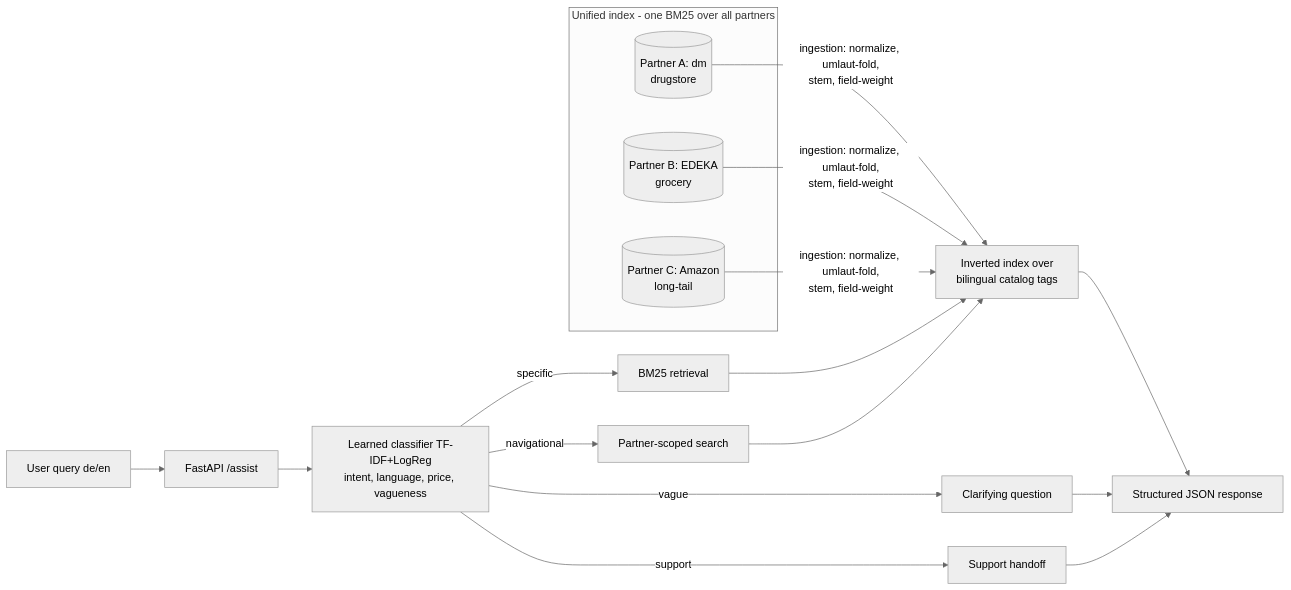
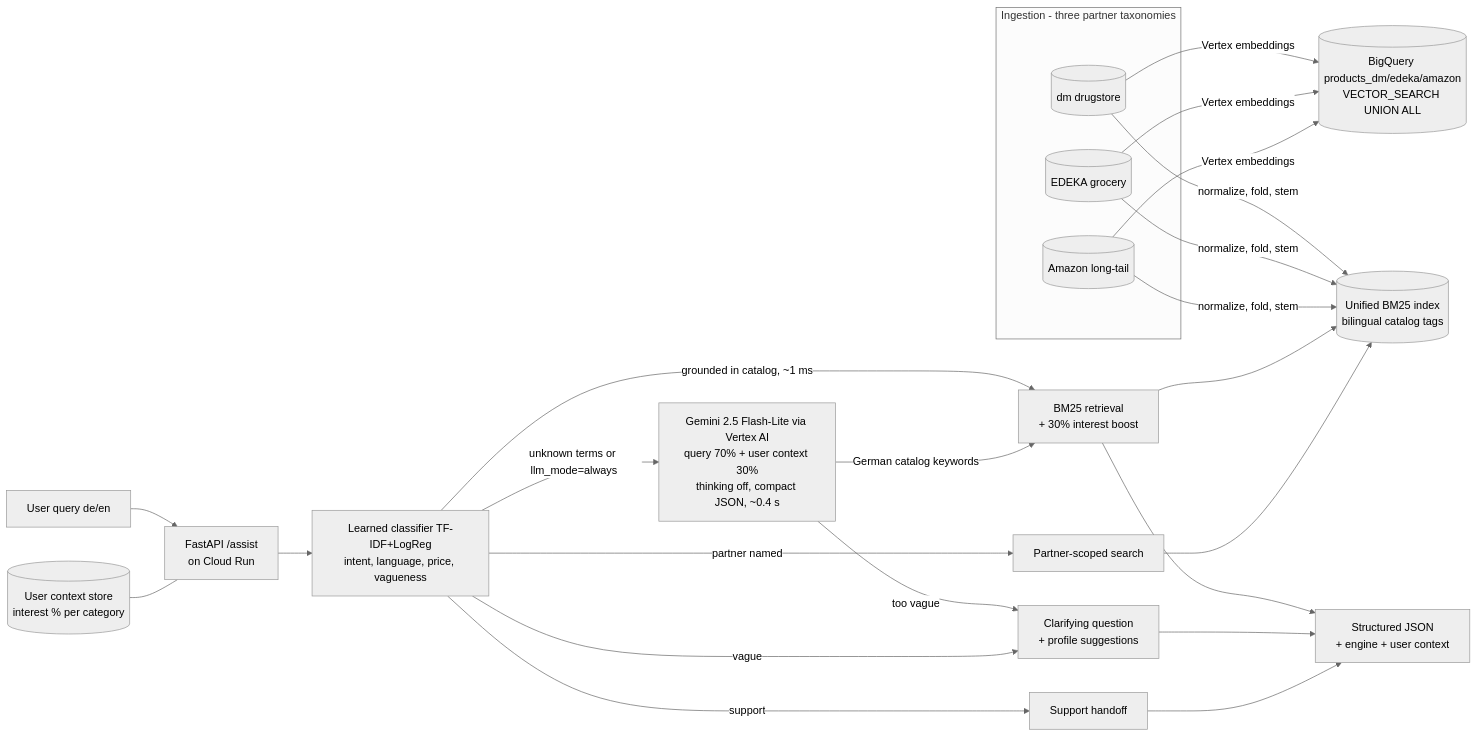
One commit to niserson/payback-assistant changed the diagram in README.md. Above: the diagram before and after it, drawn with Mermaid (neutral theme). The commit also changed 9 other files, not shown here.

Commit message:
Fix stale engine labels (UI dropdown, schema default) and add LLM + context to README architecture diagram

````diff
--- a/README.md
+++ b/README.md
@@ -44,20 +44,25 @@
 ```mermaid
 flowchart LR
-    U[User query de/en] --> API[FastAPI /assist]
-    API --> I[Learned classifier TF-IDF+LogReg<br/>intent, language, price, vagueness]
-    I -->|specific| R[BM25 retrieval]
-    I -->|vague| C[Clarifying question]
-    I -->|navigational| P[Partner-scoped search]
-    I -->|support| S[Support handoff]
-    subgraph Unified index - one BM25 over all partners
-        A[(Partner A: dm<br/>drugstore)]
-        B[(Partner B: EDEKA<br/>grocery)]
-        C3[(Partner C: Amazon<br/>long-tail)]
+    U[User query de/en] --> API[FastAPI /assist<br/>on Cloud Run]
+    CTX[(User context store<br/>interest % per category)] --- API
+    API --> CLS[Learned classifier TF-IDF+LogReg<br/>intent, language, price, vagueness]
+    CLS -->|grounded in catalog, ~1 ms| R[BM25 retrieval<br/>+ 30% interest boost]
+    CLS -->|unknown terms or llm_mode=always| LLM[Gemini 2.5 Flash-Lite via Vertex AI<br/>query 70% + user context 30%<br/>thinking off, compact JSON, ~0.4 s]
+    LLM -->|German catalog keywords| R
+    LLM -->|too vague| C[Clarifying question<br/>+ profile suggestions]
+    CLS -->|vague| C
+    CLS -->|partner named| P[Partner-scoped search]
+    CLS -->|support| S[Support handoff]
+    subgraph Ingestion - three partner taxonomies
+        A[(dm drugstore)]
+        B[(EDEKA grocery)]
+        C3[(Amazon long-tail)]
     end
-    A & B & C3 -->|ingestion: normalize, umlaut-fold,<br/>stem, field-weight| IDX[Inverted index over<br/>bilingual catalog tags]
+    A & B & C3 -->|normalize, fold, stem| IDX[(Unified BM25 index<br/>bilingual catalog tags)]
+    A & B & C3 -->|Vertex embeddings| BQ[(BigQuery products_dm/edeka/amazon<br/>VECTOR_SEARCH UNION ALL)]
     R --> IDX
     P --> IDX
-    IDX --> J[Structured JSON response]
+    R --> J[Structured JSON<br/>+ engine + user context]
     C --> J
     S --> J
 ```
````
